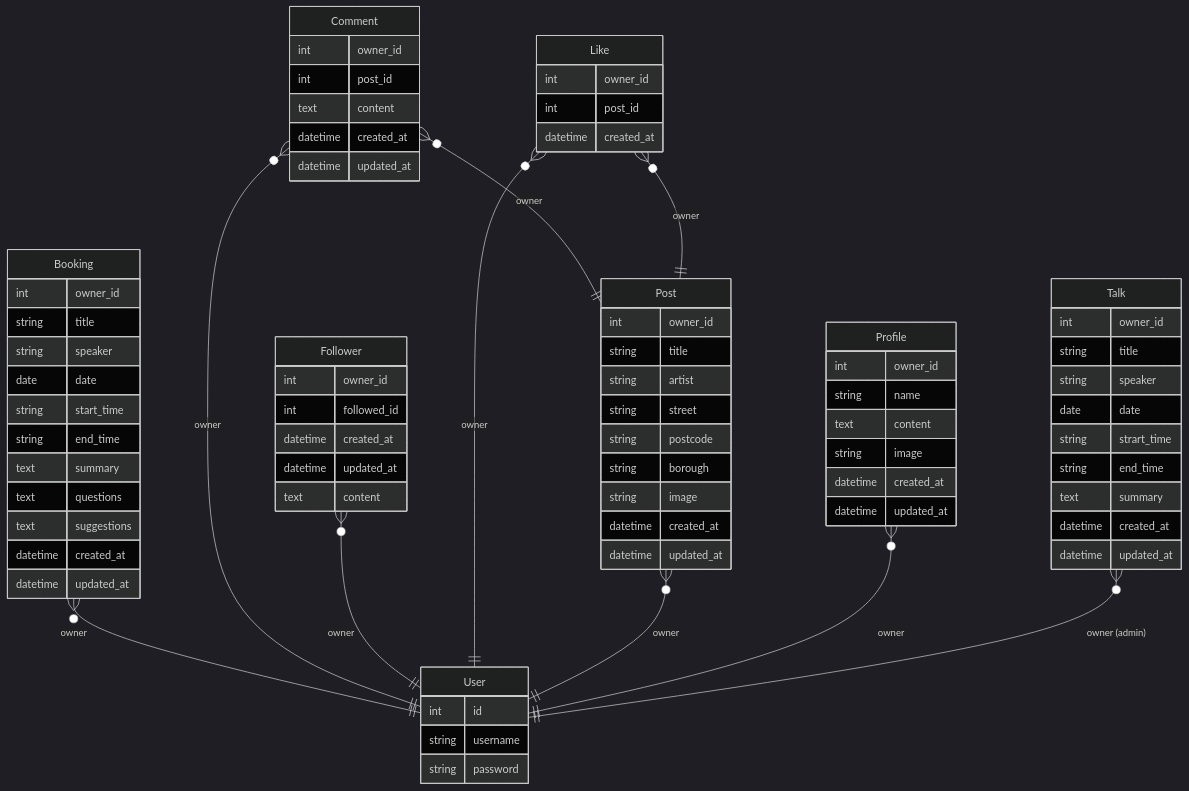
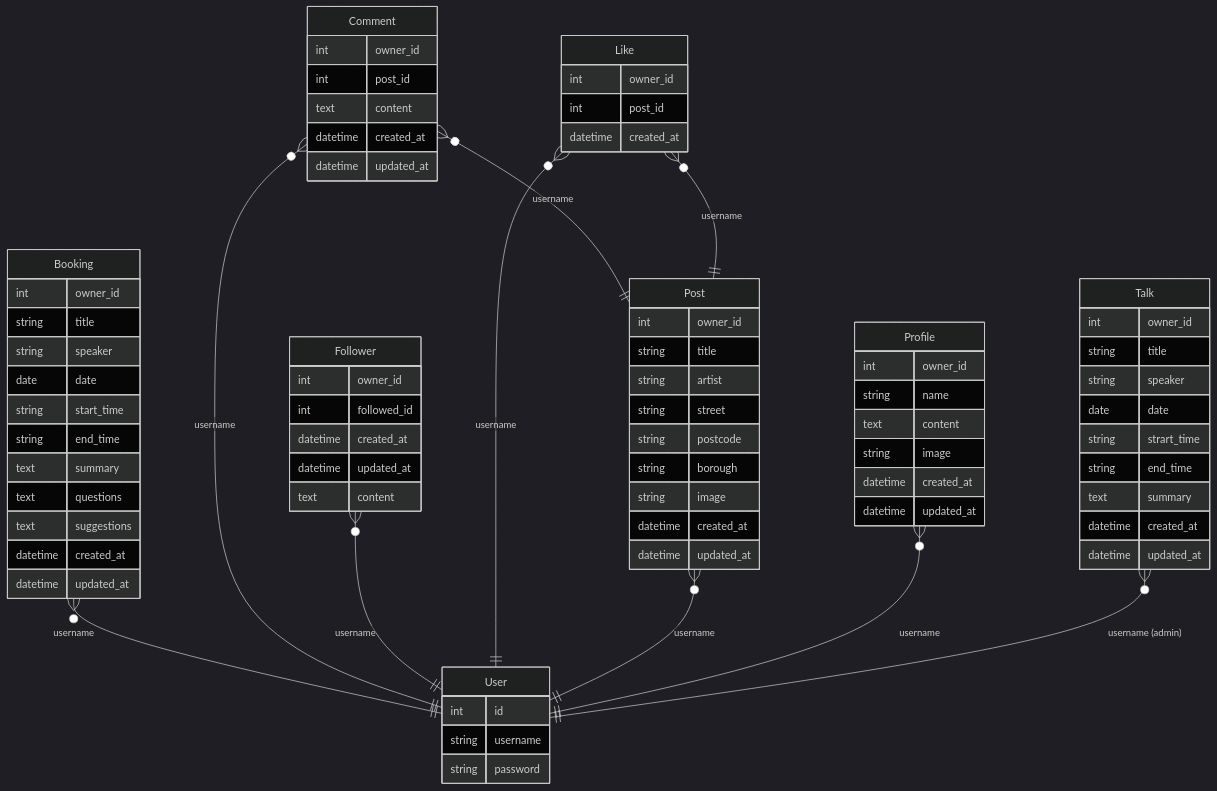
Before and after one commit to Adam-Alive/sculpture-drf-api: the diagram in README.md, drawn with Mermaid (dark theme). The commit also changed other lines of this file, not shown here.

````diff
--- a/README.md
+++ b/README.md
@@ -59,79 +59,79 @@
 ```mermaid
 erDiagram
     User {
         int id
         string username
         string password        
     }
     Booking {
         int owner_id
         string title
         string speaker
         date date
         string start_time
         string end_time
         text summary
         text questions
         text suggestions
         datetime created_at
         datetime updated_at
     }
-    Booking }o--|| User : "owner"
+    Booking }o--|| User : "username"
     Comment {
         int owner_id
         int post_id
         text content
         datetime created_at
         datetime updated_at
     }
-    Comment }o--|| User : "owner"
-    Comment }o--|| Post : "owner"
+    Comment }o--|| User : "username"
+    Comment }o--|| Post : "username"
     Follower {
         int owner_id
         int followed_id
         datetime created_at
         datetime updated_at
         text content     
     }
-    Follower }o--|| User : "owner"
+    Follower }o--|| User : "username"
     Like {
         int owner_id
         int post_id
         datetime created_at
     }
-    Like }o--|| User : "owner"
-    Like }o--|| Post : "owner"
+    Like }o--|| User : "username"
+    Like }o--|| Post : "username"
     Post {
         int owner_id
         string title
         string artist
         string street
         string postcode
         string borough
         string image
         datetime created_at
         datetime updated_at
     }
-    Post }o--|| User : "owner"
+    Post }o--|| User : "username"
     Profile {
         int owner_id
         string name
         text content
         string image
         datetime created_at
         datetime updated_at    
     }
-    Profile }o--|| User : "owner"
+    Profile }o--|| User : "username"
     Talk {
         int owner_id
         string title
         string speaker
         date date
         string strart_time
         string end_time
         text summary
         datetime created_at
         datetime updated_at    
     }
-     Talk }o--|| User : "owner (admin)"  
+     Talk }o--|| User : "username (admin)"
 ```
````
